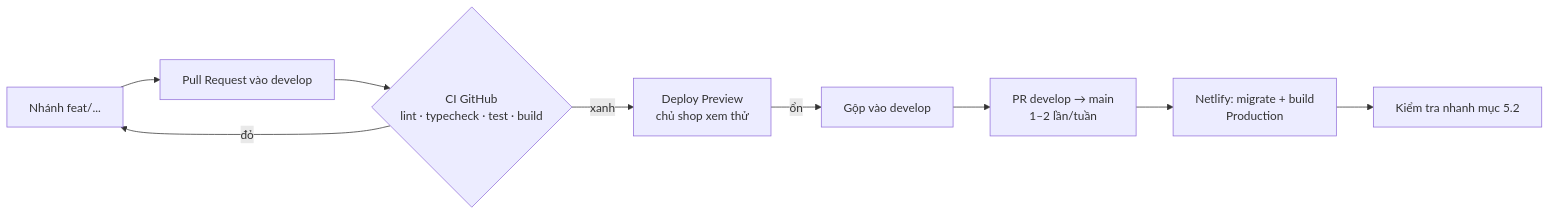
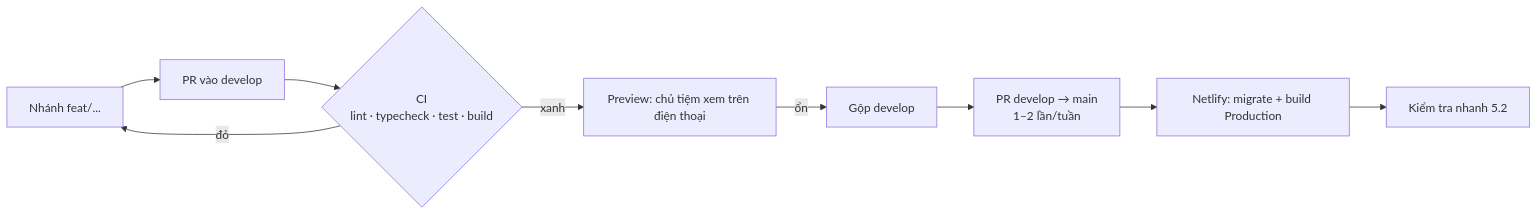
Before and after one commit to VuMinhHien1234/Lamora: the second of 2 diagrams in docs/09-DEPLOYMENT.md, drawn with Mermaid. The commit also changed other lines of this file and 362 other files, not shown here.

````diff
--- a/docs/09-DEPLOYMENT.md
+++ b/docs/09-DEPLOYMENT.md
@@ -111,11 +113,11 @@
 ```mermaid
 flowchart LR
-    A[Nhánh feat/...] --> B[Pull Request vào develop]
-    B --> C{CI GitHub<br/>lint · typecheck · test · build}
+    A[Nhánh feat/...] --> B[PR vào develop]
+    B --> C{CI<br/>lint · typecheck · test · build}
     C -->|đỏ| A
-    C -->|xanh| D[Deploy Preview<br/>chủ shop xem thử]
-    D -->|ổn| E[Gộp vào develop]
+    C -->|xanh| D[Preview: chủ tiệm xem trên điện thoại]
+    D -->|ổn| E[Gộp develop]
     E --> H[PR develop → main<br/>1–2 lần/tuần]
-    H --> F[Netlify: migrate + build<br/>Production]
-    F --> G[Kiểm tra nhanh mục 5.2]
+    H --> F[Netlify: migrate + build Production]
+    F --> G[Kiểm tra nhanh 5.2]
 ```
````
